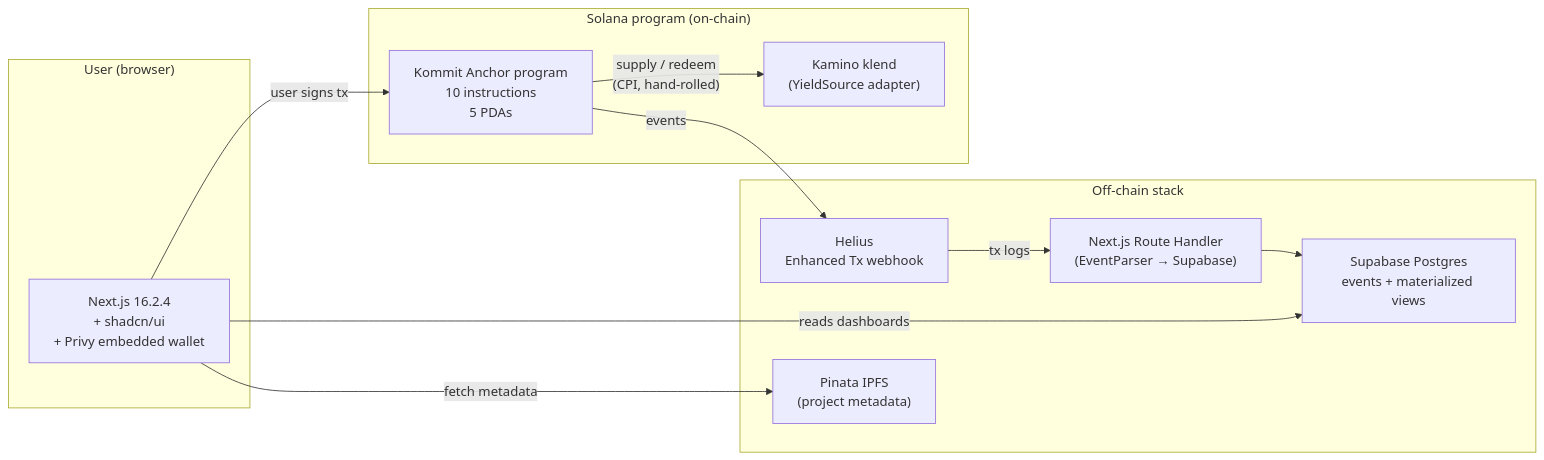
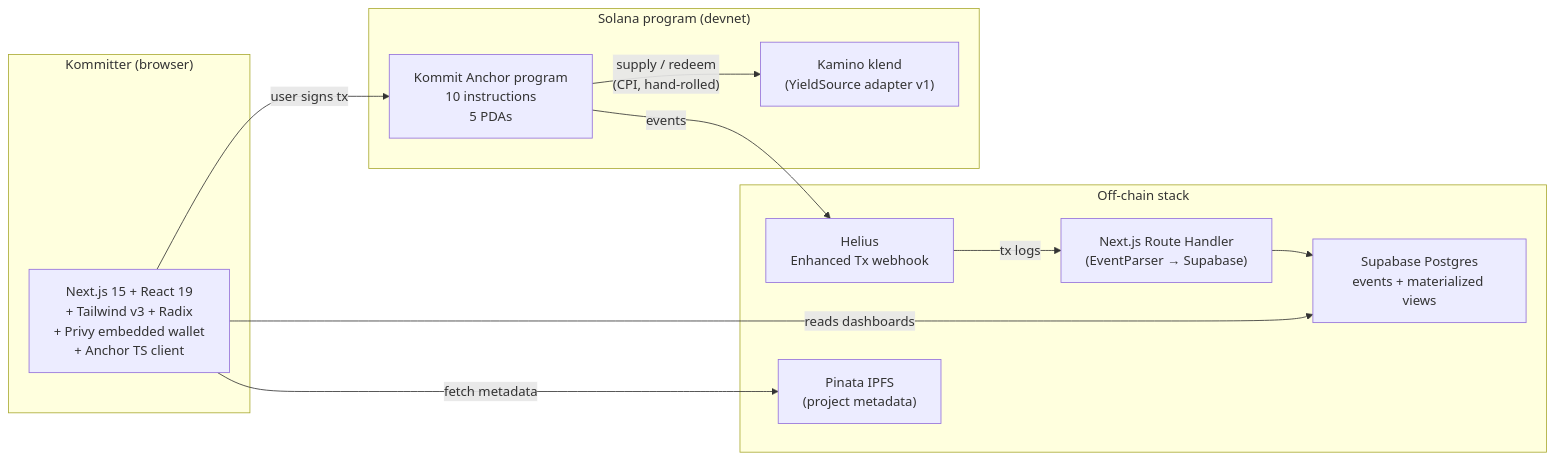
Before and after one commit to lamentierschweinchen/kommit: the diagram in README.md, drawn with Mermaid. The commit also changed other lines of this file, not shown here.

````diff
--- a/README.md
+++ b/README.md
@@ -43,26 +62,26 @@
 ```mermaid
 flowchart LR
-    subgraph User["User (browser)"]
-        Frontend["Next.js 16.2.4<br/>+ shadcn/ui<br/>+ Privy embedded wallet"]
+    subgraph User["Kommitter (browser)"]
+        Frontend["Next.js 15 + React 19<br/>+ Tailwind v3 + Radix<br/>+ Privy embedded wallet<br/>+ Anchor TS client"]
     end
 
-    subgraph OnChain["Solana program (on-chain)"]
+    subgraph OnChain["Solana program (devnet)"]
         Kommit["Kommit Anchor program<br/>10 instructions<br/>5 PDAs"]
-        Klend["Kamino klend<br/>(YieldSource adapter)"]
+        Klend["Kamino klend<br/>(YieldSource adapter v1)"]
         Kommit -- "supply / redeem<br/>(CPI, hand-rolled)" --> Klend
     end
 
     subgraph OffChain["Off-chain stack"]
         Helius["Helius<br/>Enhanced Tx webhook"]
         Indexer["Next.js Route Handler<br/>(EventParser → Supabase)"]
         Supabase["Supabase Postgres<br/>events + materialized views"]
         IPFS["Pinata IPFS<br/>(project metadata)"]
         Helius -- "tx logs" --> Indexer
         Indexer --> Supabase
     end
 
     Frontend -- "user signs tx" --> Kommit
     Kommit -- "events" --> Helius
     Frontend -- "reads dashboards" --> Supabase
     Frontend -- "fetch metadata" --> IPFS
 ```
````
